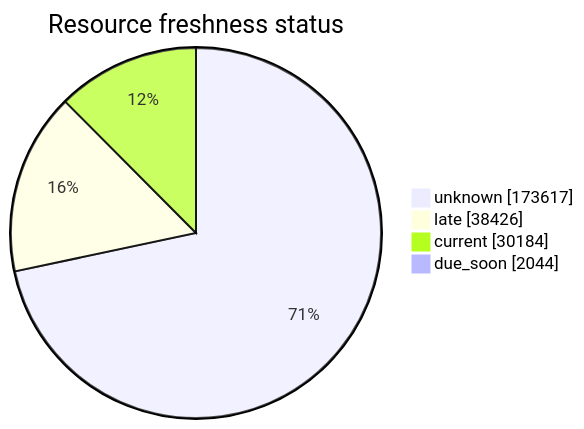
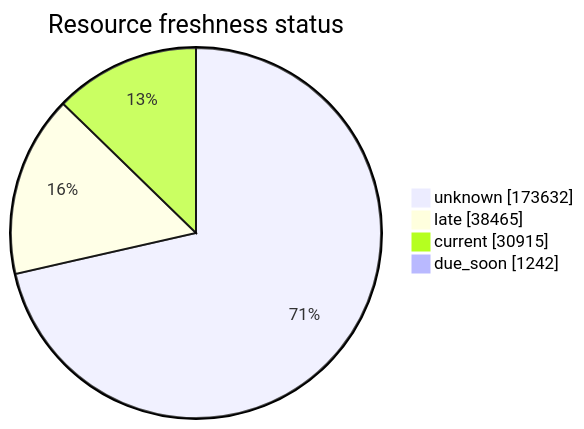
Before and after one commit to open-data/analytics-corporate-reporting: the third of 5 diagrams in FreshCheck/README.md, drawn with Mermaid. The commit also changed other lines of this file and 3 other files, not shown here.

````diff
--- a/FreshCheck/README.md
+++ b/FreshCheck/README.md
@@ -77,7 +77,7 @@
 ```mermaid
 pie showData title Resource freshness status
-    "unknown": 173617
-    "late": 38426
-    "current": 30184
-    "due_soon": 2044
+    "unknown": 173632
+    "late": 38465
+    "current": 30915
+    "due_soon": 1242
 ```
````
